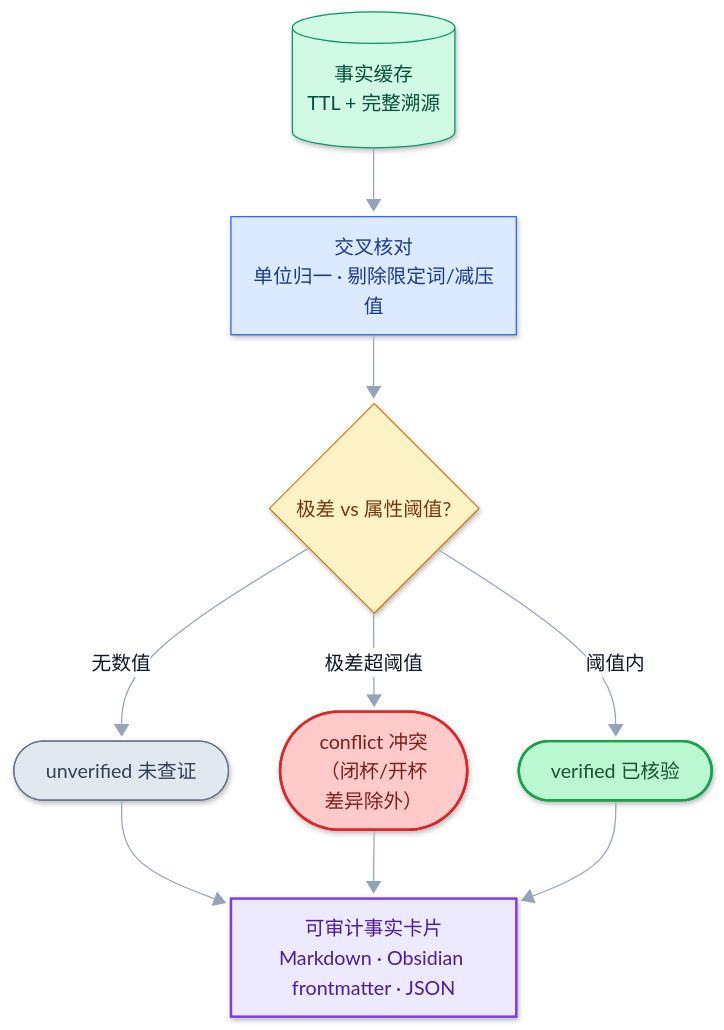
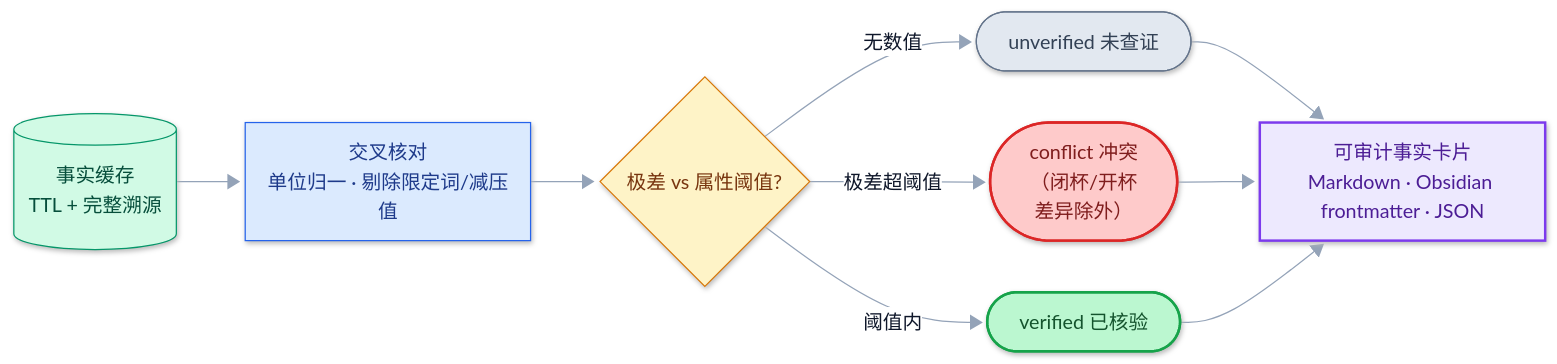
Before and after one commit to CL4Y68/chemfacts: the second of 5 diagrams in README_zh.md, drawn with Mermaid. The commit also changed other lines of this file and 1 other file, not shown here.

First line of the commit message:
diagrams: switch all flowcharts to horizontal (LR) layout

````diff
--- a/README_zh.md
+++ b/README_zh.md
@@ -64,24 +64,24 @@
 ```mermaid
 %%{init: {"look": "neo", "theme": "base", "themeVariables": {"lineColor": "#94a3b8", "primaryTextColor": "#0f172a", "edgeLabelBackground": "#ffffff"}, "flowchart": {"curve": "basis", "htmlLabels": true, "nodeSpacing": 42, "rankSpacing": 56, "padding": 10}} }%%
-flowchart TD
+flowchart LR
     G[("事实缓存<br/>TTL + 完整溯源")]:::store --> H
 
     H["交叉核对<br/>单位归一 · 剔除限定词/减压值"]:::proc
     H --> I{"极差 vs 属性阈值?"}:::decide
     I -- "无数值" --> J(["unverified 未查证"]):::plain
     I -- "极差超阈值" --> K(["conflict 冲突<br/>（闭杯/开杯<br/>差异除外）"]):::warn
     I -- "阈值内" --> L(["verified 已核验"]):::ok
     J --> M["可审计事实卡片<br/>Markdown · Obsidian frontmatter · JSON"]:::card
     K --> M
     L --> M
     classDef io      fill:#e0e7ff,stroke:#4f46e5,stroke-width:2px,color:#312e81
     classDef proc    fill:#dbeafe,stroke:#2563eb,color:#1e3a8a
     classDef decide  fill:#fef3c7,stroke:#d97706,color:#78350f
     classDef store   fill:#d1fae5,stroke:#059669,color:#064e3b
     classDef ok      fill:#bbf7d0,stroke:#16a34a,stroke-width:2px,color:#14532d
     classDef warn    fill:#fecaca,stroke:#dc2626,stroke-width:2px,color:#7f1d1d
     classDef plain   fill:#e2e8f0,stroke:#64748b,color:#334155
     classDef card   fill:#ede9fe,stroke:#7c3aed,stroke-width:2px,color:#4c1d95
     classDef mcp    fill:#cffafe,stroke:#0891b2,color:#164e63
     classDef ext    fill:#f8fafc,stroke:#94a3b8,stroke-dasharray:5 4,color:#475569
 ```
````
